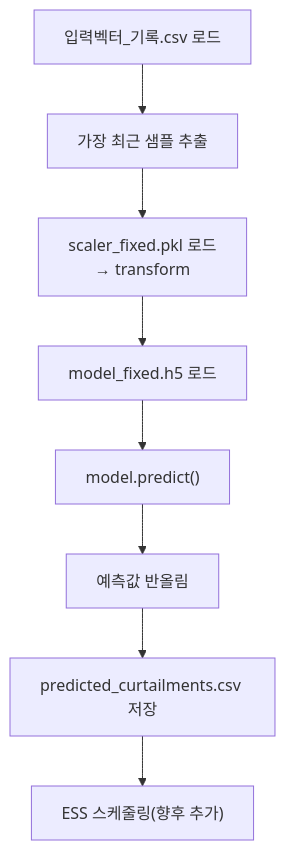
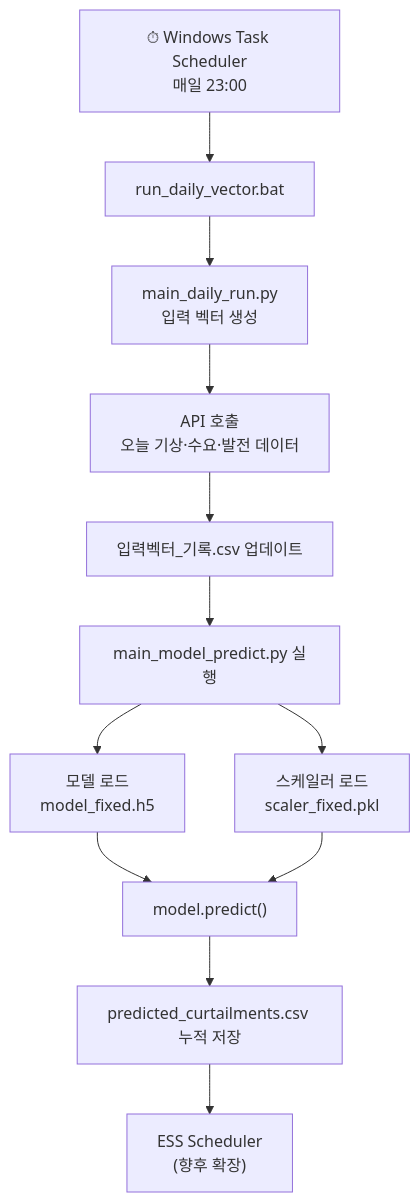
One commit to yousoo0920/ess-vpp-project changed the fourth of 6 diagrams in README.md. Above: the diagram before and after it, drawn with Mermaid. The commit also changed other lines of this file, not shown here.

````diff
--- a/README.md
+++ b/README.md
@@ -145,10 +130,18 @@
 ```mermaid
 flowchart TD
-    A["입력벡터_기록.csv 로드"] --> B["가장 최근 샘플 추출"]
-    B --> C["scaler_fixed.pkl 로드<br/>→ transform"]
-    C --> D["model_fixed.h5 로드"]
-    D --> E["model.predict()"]
-    E --> F["예측값 반올림"]
-    F --> G["predicted_curtailments.csv 저장"]
-    G --> H["ESS 스케줄링(향후 추가)"]
+
+    TS["⏱ Windows Task Scheduler<br/>매일 23:00"] --> BAT["run_daily_vector.bat"]
+    BAT --> DAILY["main_daily_run.py<br/>입력 벡터 생성"]
+
+    DAILY --> API["API 호출<br/>오늘 기상·수요·발전 데이터"]
+    API --> UPDATE["입력벡터_기록.csv 업데이트"]
+
+    UPDATE --> PREDPY["main_model_predict.py 실행"]
+    PREDPY --> LOADM["모델 로드<br/>model_fixed.h5"]
+    PREDPY --> LOADS["스케일러 로드<br/>scaler_fixed.pkl"]
+
+    LOADM --> PRED
+    LOADS --> PRED
+    PRED["model.predict()"] --> RESULT["predicted_curtailments.csv 누적 저장"]
+    RESULT --> ESS["ESS Scheduler<br/>(향후 확장)"]
 ```
````
